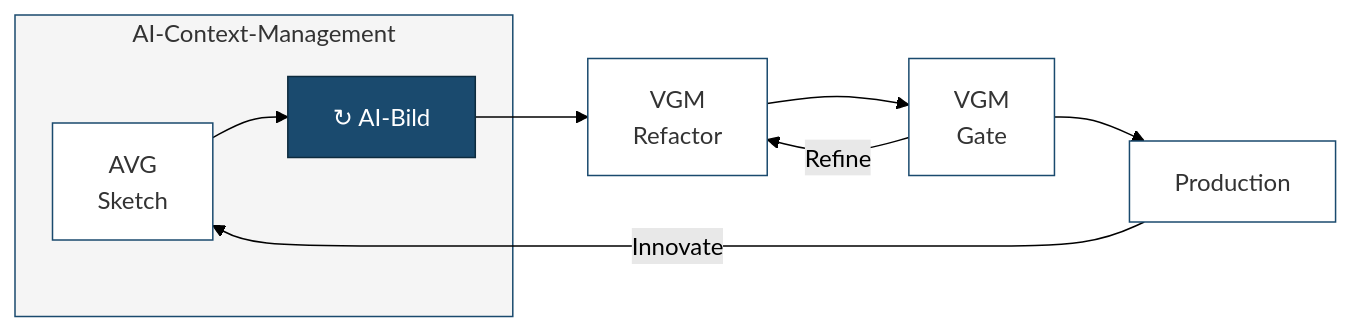
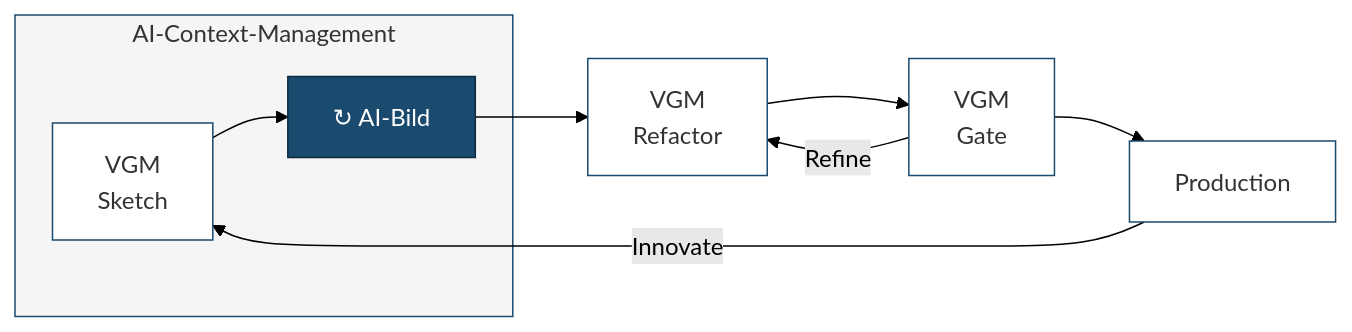
The diagram in NEXT-CONTEXT-WATCHDOG.md (kustus/python-vorgehensmodell), drawn with Mermaid (forest theme) before and after one commit. The commit also changed other lines of this file and 1 other file, not shown here.

````diff
--- a/NEXT-CONTEXT-WATCHDOG.md
+++ b/NEXT-CONTEXT-WATCHDOG.md
@@ -7,18 +7,21 @@
 ```mermaid
 graph LR
     subgraph CM["AI-Context-Management"]
-        S["AVG\nSketch"] --> AB["↻ AI-Bild"]
+        S["VGM
+        Sketch"] --> AB["↻ AI-Bild"]
     end
-    AB --> R["VGM\nRefactor"]
-    R --> G["VGM\nGate"]
+    AB --> R["VGM
+    Refactor"]
+    R --> G["VGM
+    Gate"]
     G --> P[Production]
     G -- Refine --> R
     P -- Innovate --> S
 
     style AB fill:#1a4a6e,color:#fff,stroke:#0d2b3e
     style S fill:#fff,color:#333,stroke:#1a4a6e
     style R fill:#fff,color:#333,stroke:#1a4a6e
     style G fill:#fff,color:#333,stroke:#1a4a6e
     style P fill:#fff,color:#333,stroke:#1a4a6e
     style CM fill:#f5f5f5,color:#333,stroke:#1a4a6e
 ```
````
